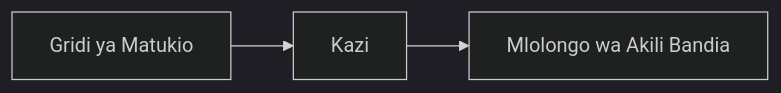
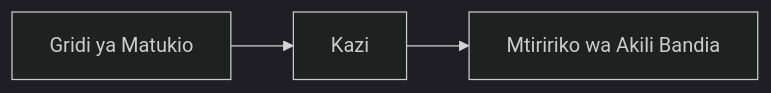
The second of 2 diagrams in translations/sw/docs/chapter-08-production/README.md (microsoft/AZD-for-beginners), drawn with Mermaid (dark theme) before and after one commit. The commit also changed other lines of this file and 104 other files, not shown here.

````diff
--- a/translations/sw/docs/chapter-08-production/README.md
+++ b/translations/sw/docs/chapter-08-production/README.md
@@ -56,4 +57,4 @@
 ```mermaid
 graph LR
-    EventGrid[Gridi ya Matukio] --> Functions[Kazi] --> Pipeline[Mlolongo wa Akili Bandia]
+    EventGrid[Gridi ya Matukio] --> Functions[Kazi] --> Pipeline[Mtiririko wa Akili Bandia]
 ```
````
